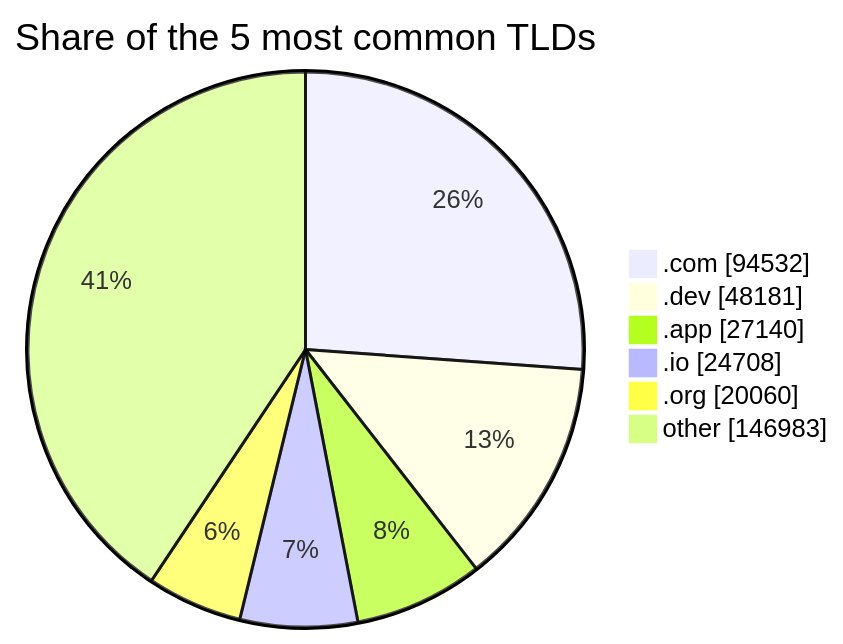
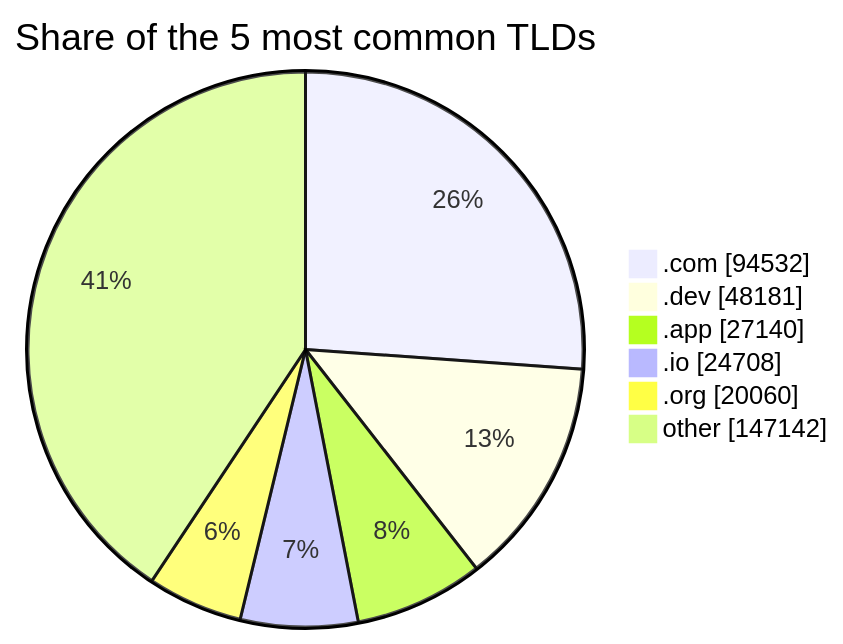
One commit to DNSBunker/CTI changed the third of 3 diagrams in README.md. Above: the diagram before and after it, drawn with Mermaid. The commit also changed other lines of this file and 3 other files, not shown here.

````diff
--- a/README.md
+++ b/README.md
@@ -81,9 +81,9 @@
 ```mermaid
 pie showData title Share of the 5 most common TLDs
     ".com" : 94532
     ".dev" : 48181
     ".app" : 27140
     ".io" : 24708
     ".org" : 20060
-    "other" : 146983
+    "other" : 147142
 ```
````
